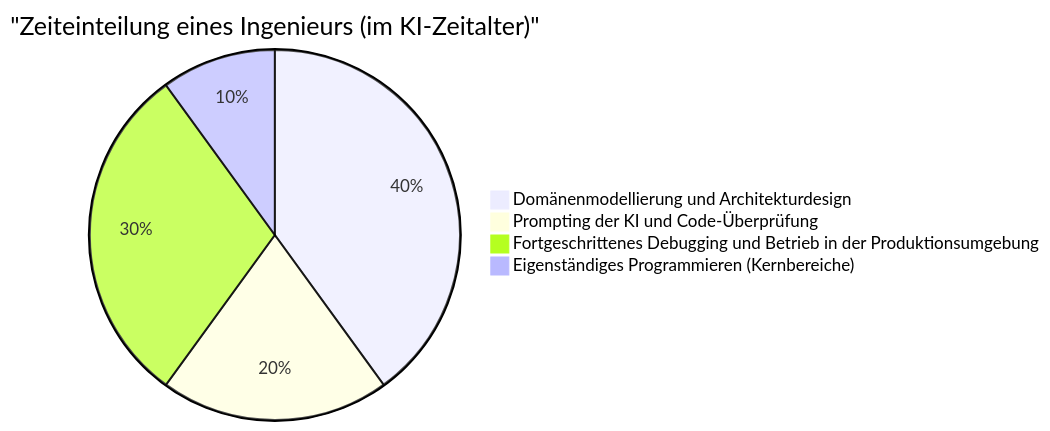
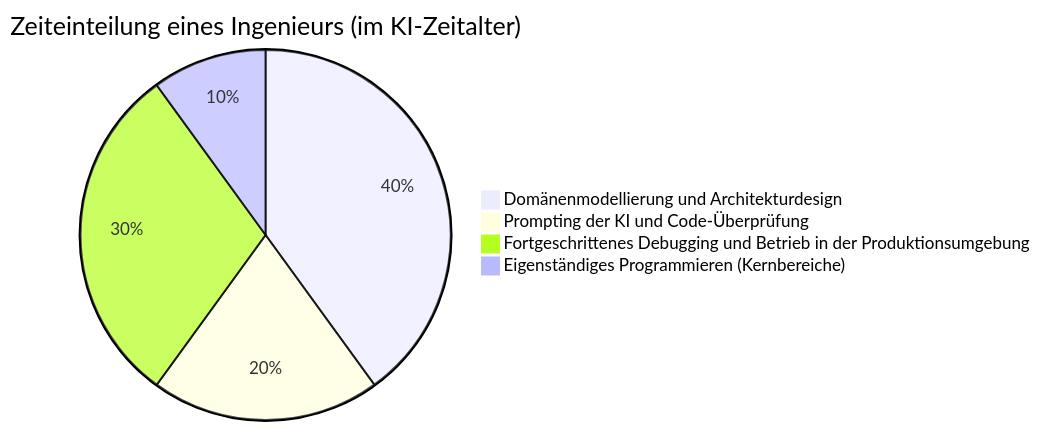
Before and after one commit to kenjinote/blog: the fourth of 4 diagrams in content/post/human_engineer_skills/index.de.md, drawn with Mermaid. The commit also changed other lines of this file and 703 other files, not shown here.

Commit message:
Fix: Remove quotes from Mermaid link texts and timeline definitions to support Mermaid 11.4.1

````diff
--- a/content/post/human_engineer_skills/index.de.md
+++ b/content/post/human_engineer_skills/index.de.md
@@ -190,7 +190,7 @@
 ```mermaid
-pie title "Zeiteinteilung eines Ingenieurs (im KI-Zeitalter)"
+pie title Zeiteinteilung eines Ingenieurs (im KI-Zeitalter)
   "Domänenmodellierung und Architekturdesign": 40
   "Prompting der KI und Code-Überprüfung": 20
   "Fortgeschrittenes Debugging und Betrieb in der Produktionsumgebung": 30
   "Eigenständiges Programmieren (Kernbereiche)": 10
 ```
````
